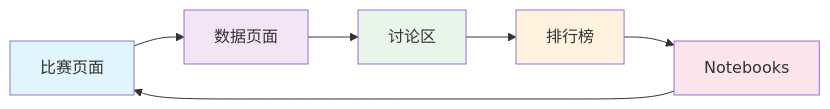
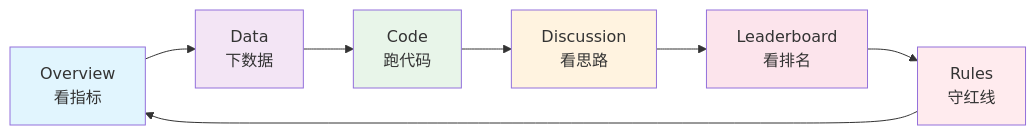
One commit to wizardforcel/vibe-kaggle changed the first of 2 diagrams in docs/chapters/chapter01.md. Above: the diagram before and after it, drawn with Mermaid. The commit also changed other lines of this file and 1 other file, not shown here.

````diff
--- a/docs/chapters/chapter01.md
+++ b/docs/chapters/chapter01.md
@@ -19,13 +40,15 @@
 ```mermaid
 flowchart LR
-    A[比赛页面] --> B[数据页面]
-    B --> C[讨论区]
-    C --> D[排行榜]
-    D --> E[Notebooks]
-    E --> A
+    A[Overview<br/>看指标] --> B[Data<br/>下数据]
+    B --> C[Code<br/>跑代码]
+    C --> D[Discussion<br/>看思路]
+    D --> E[Leaderboard<br/>看排名]
+    E --> F[Rules<br/>守红线]
+    F --> A
     style A fill:#e1f5fe
     style B fill:#f3e5f5
     style C fill:#e8f5e9
     style D fill:#fff3e0
     style E fill:#fce4ec
+    style F fill:#ffebee
 ```
````
